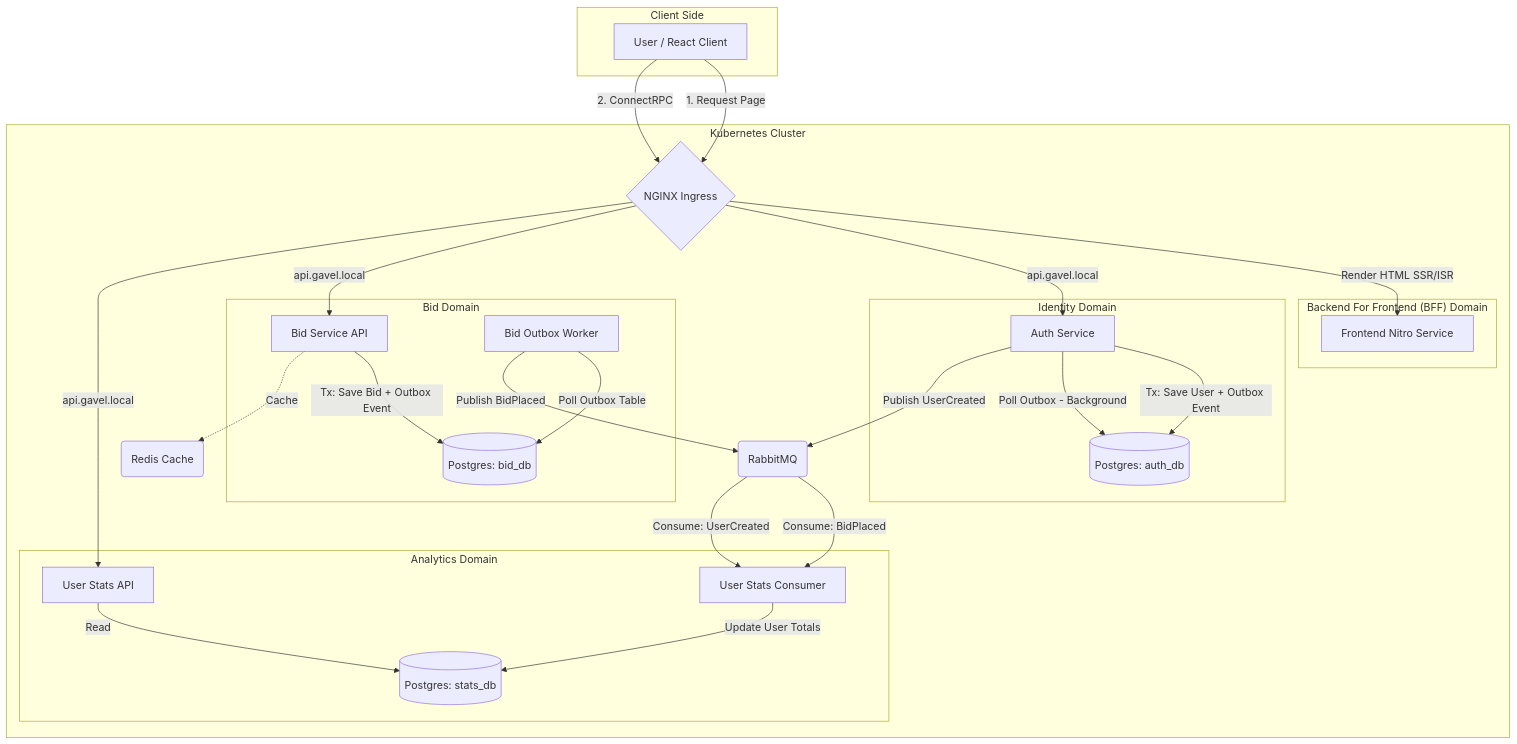
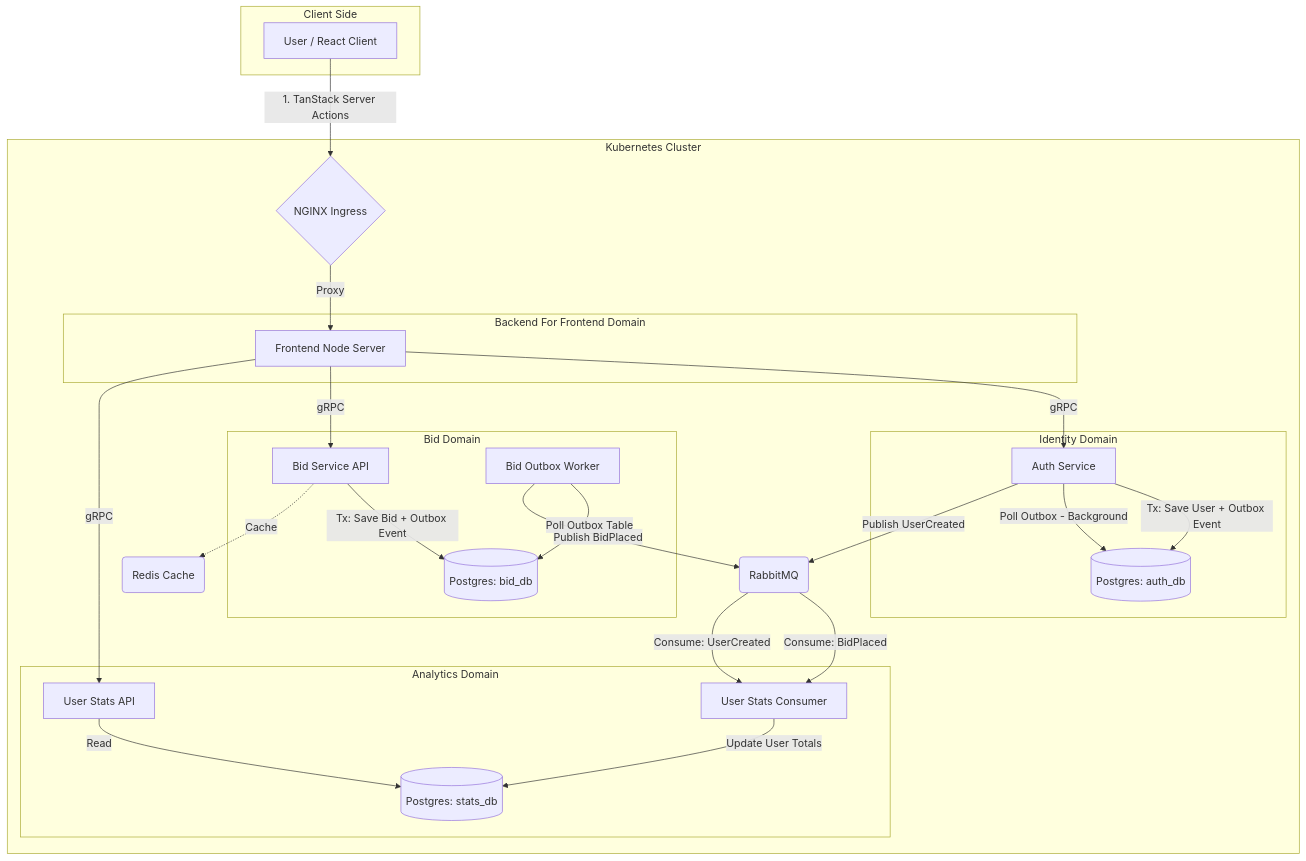
The diagram in README.md (floroz/auction-go), drawn with Mermaid before and after one commit. The commit also changed other lines of this file and 1 other file, not shown here.

Commit message:
docs: improve auth plan

````diff
--- a/README.md
+++ b/README.md
@@ -33,49 +33,50 @@
 ```mermaid
 graph TD
-    subgraph "Client Side"
+    subgraph ClientSide ["Client Side"]
         Client[User / React Client]
     end
 
-    Client -->|1. Request Page| Ingress{NGINX Ingress}
-    Client -->|2. ConnectRPC| Ingress
+    Client -->|1. TanStack Server Actions| Ingress{NGINX Ingress}
 
-    subgraph "Kubernetes Cluster"
+    subgraph K8s ["Kubernetes Cluster"]
         %% Ingress Handling
-        subgraph "Backend For Frontend (BFF) Domain"
-            SSR[Frontend Nitro Service]
+        subgraph BFF_Domain ["Backend For Frontend Domain"]
+            BFF[Frontend Node Server]
         end
 
-        Ingress -->|Render HTML SSR/ISR| SSR
-        Ingress -->|api.gavel.local| AuthAPI
-        Ingress -->|api.gavel.local| BidAPI
-        Ingress -->|api.gavel.local| StatsAPI
+        Ingress -->|Proxy| BFF
 
         %% Shared Infrastructure
         RMQ(RabbitMQ)
         Redis(Redis Cache)
 
-        subgraph "Identity Domain"
+        subgraph Identity ["Identity Domain"]
             AuthAPI[Auth Service] -->|Tx: Save User + Outbox Event| AuthDB[(Postgres: auth_db)]
             AuthAPI -->|Poll Outbox - Background| AuthDB
         end
 
-        subgraph "Bid Domain"
+        subgraph Bids ["Bid Domain"]
             BidAPI[Bid Service API] -->|Tx: Save Bid + Outbox Event| BidDB[(Postgres: bid_db)]
             BidWorker[Bid Outbox Worker] -->|Poll Outbox Table| BidDB
         end
         
-        subgraph "Analytics Domain"
+        subgraph Analytics ["Analytics Domain"]
             StatsAPI[User Stats API] -->|Read| StatsDB[(Postgres: stats_db)]
             StatsWorker[User Stats Consumer] -->|Update User Totals| StatsDB
         end
+
+        %% Service Communication (gRPC)
+        BFF -->|gRPC| AuthAPI
+        BFF -->|gRPC| BidAPI
+        BFF -->|gRPC| StatsAPI
 
         %% Event Flow & Caching
         AuthAPI -- Publish UserCreated --> RMQ
         BidWorker -- Publish BidPlaced --> RMQ
         
         RMQ -- Consume: BidPlaced --> StatsWorker
         RMQ -- Consume: UserCreated --> StatsWorker
         
         BidAPI -.->|Cache| Redis
     end
 ```
````
